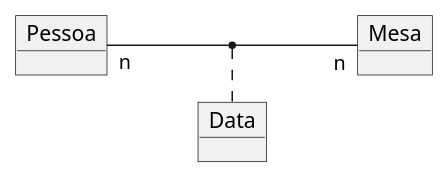
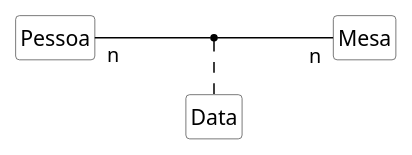
One commit to kyriosdata/oo changed the diagram in imagens/modelos-07/mod07ima11/mod07ima11.plantuml. Above: the diagram before and after it, drawn with PlantUML. The commit also changed 4 other files, not shown here.

```diff
--- a/imagens/modelos-07/mod07ima11/mod07ima11.plantuml
+++ b/imagens/modelos-07/mod07ima11/mod07ima11.plantuml
@@ -1,8 +1,17 @@
 @startuml mod07ima11
-object "Pessoa" as pe
-object "Mesa" as me
-object "Data" as da
+hide circle
+hide methods
+hide empty members
+
+skinparam class {
+    BackgroundColor White
+    ArrowColor Black
+    BorderColor #505050
+}
+class "Pessoa" as pe
+class "Mesa" as me
+class "Data" as da
 left to right direction
 pe "n"--"n" me
 (pe,me) ... da
 @enduml
```
